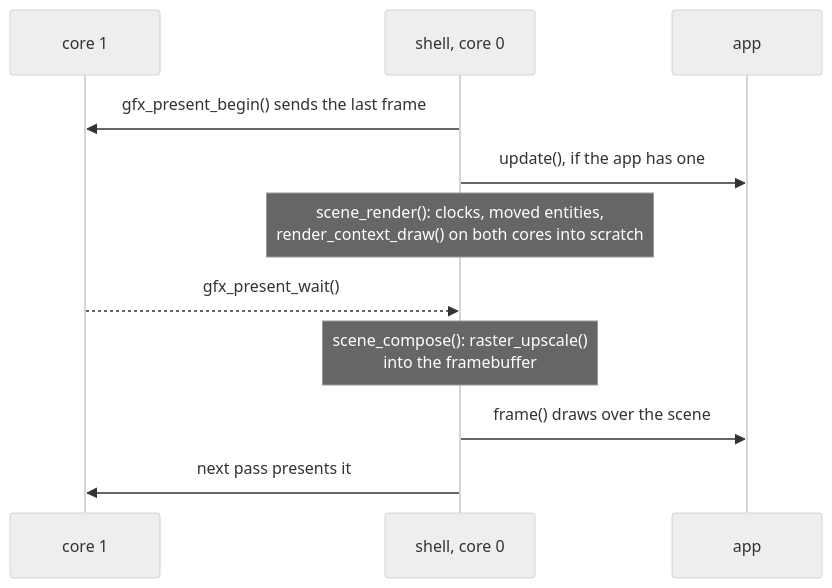
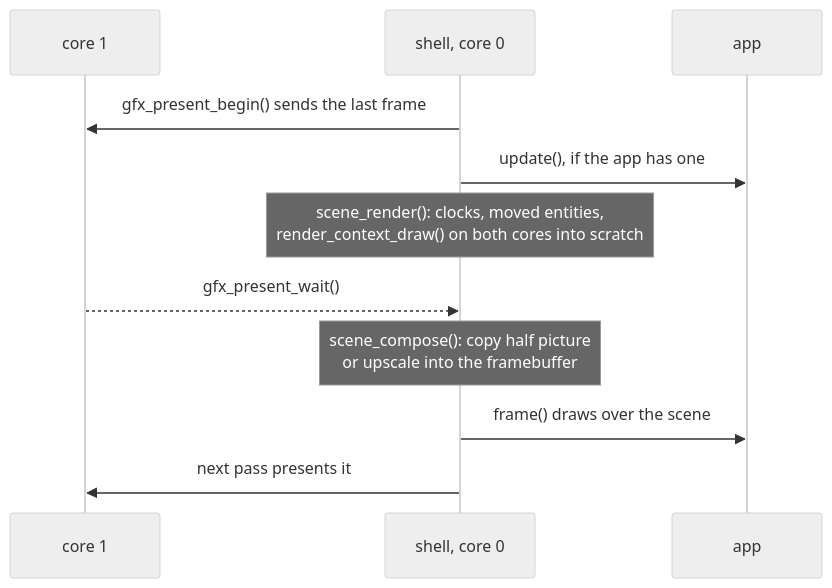
The diagram in docs/render/Scene-Manager.md (jose-villegas/autana), drawn with Mermaid (neutral theme) before and after one commit. The commit also changed other lines of this file and 31 other files, not shown here.

````diff
--- a/docs/render/Scene-Manager.md
+++ b/docs/render/Scene-Manager.md
@@ -48,13 +48,13 @@
 ```mermaid
 sequenceDiagram
     participant Core1 as core 1
     participant Shell as shell, core 0
     participant App as app
     Shell->>Core1: gfx_present_begin() sends the last frame
     Shell->>App: update(), if the app has one
     Note over Shell: scene_render(): clocks, moved entities,<br/>render_context_draw() on both cores into scratch
     Core1-->>Shell: gfx_present_wait()
-    Note over Shell: scene_compose(): raster_upscale()<br/>into the framebuffer
+    Note over Shell: scene_compose(): copy half picture<br/>or upscale into the framebuffer
     Shell->>App: frame() draws over the scene
     Shell->>Core1: next pass presents it
 ```
````
